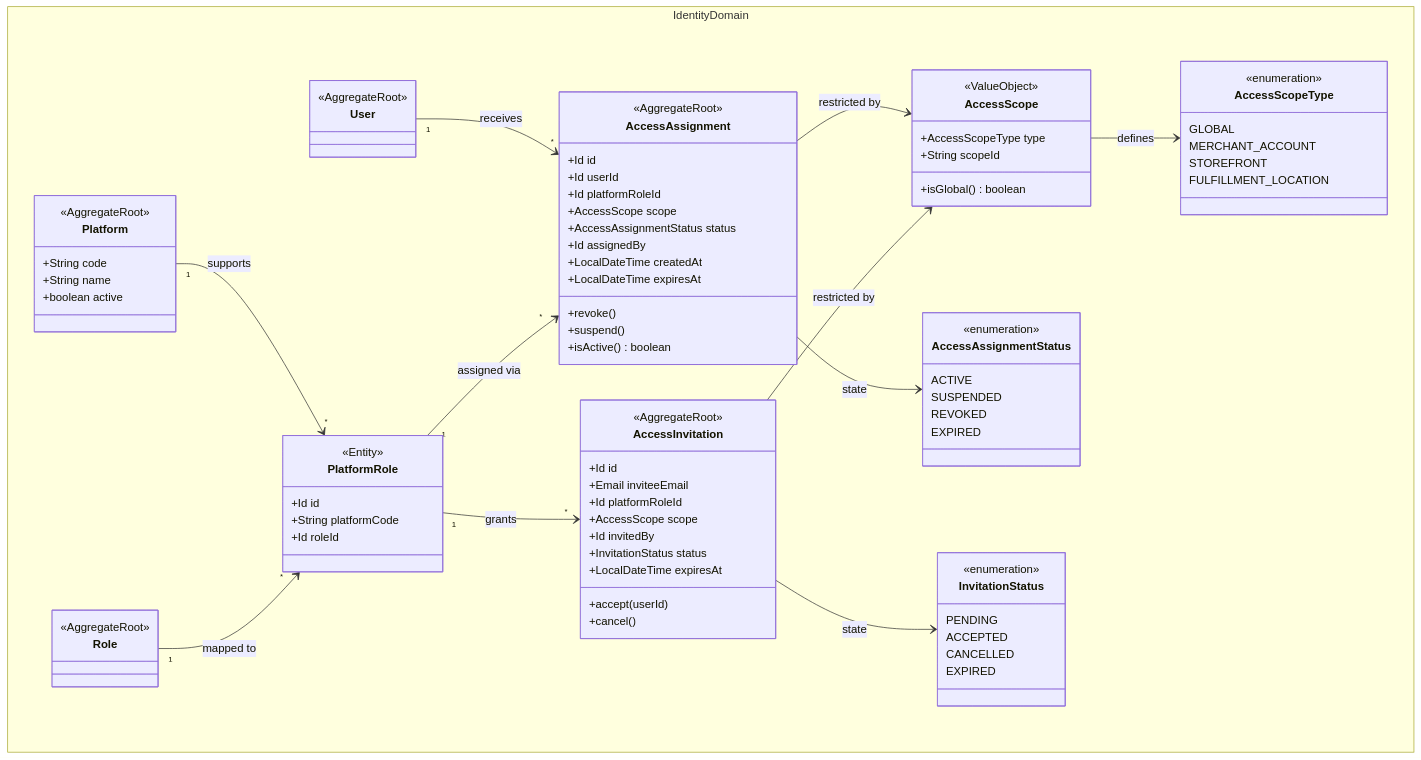
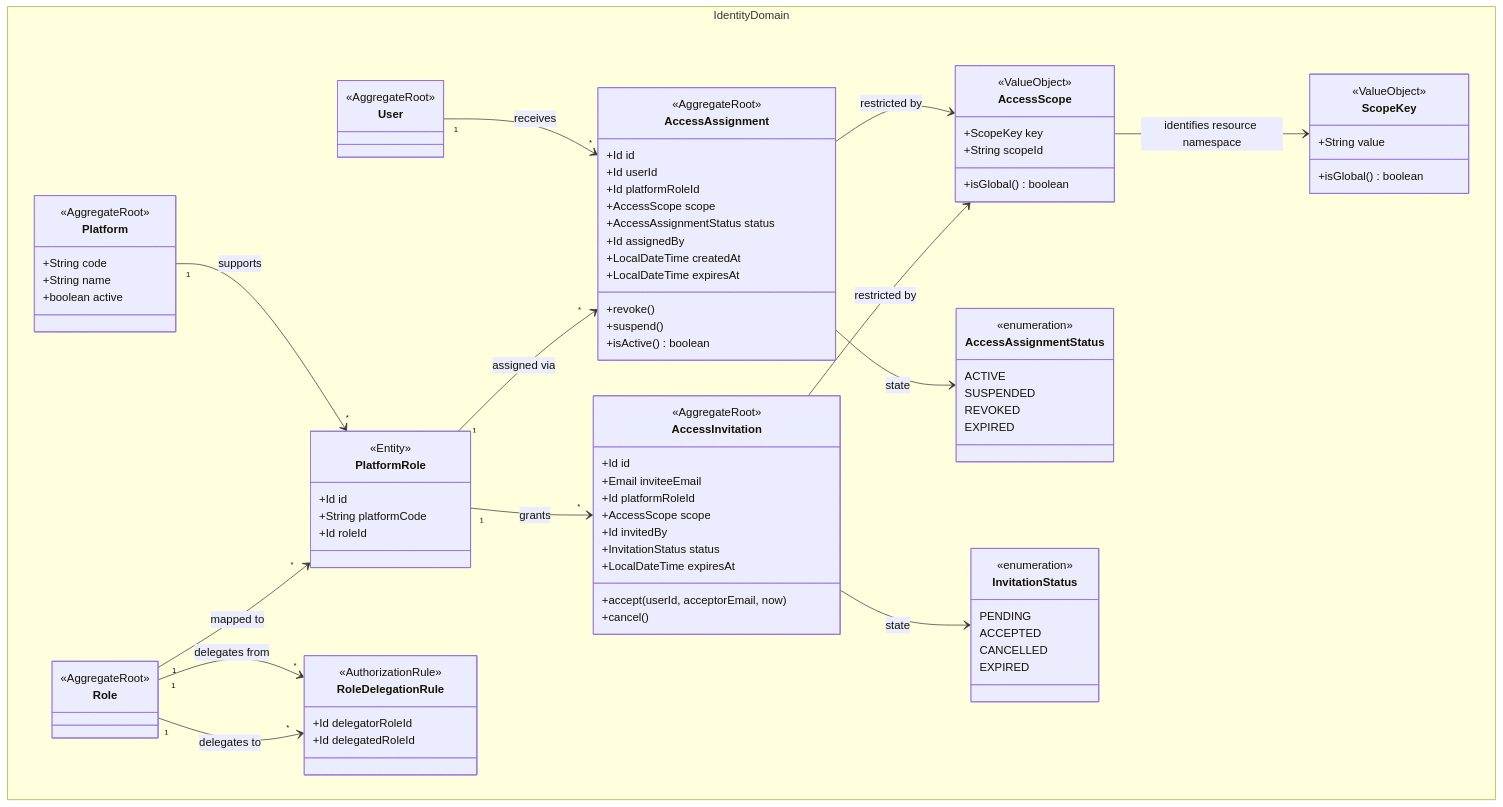
Before and after one commit to khinemyaezin/grab: the first of 3 diagrams in docs/identity/architecture/DRG-003_platform-scopes-domain-aggregates.md, drawn with Mermaid. The commit also changed other lines of this file and 93 other files, not shown here.

Commit message:
feat: implement extensible access scopes and role delegation policies with database migration

```diff
--- a/docs/identity/architecture/DRG-003_platform-scopes-domain-aggregates.md
+++ b/docs/identity/architecture/DRG-003_platform-scopes-domain-aggregates.md
@@ -17,6 +17,12 @@
         
         class Role {
             <<AggregateRoot>>
+        }
+
+        class RoleDelegationRule {
+            <<AuthorizationRule>>
+            +Id delegatorRoleId
+            +Id delegatedRoleId
         }
 
         class Platform {
@@ -57,23 +63,21 @@
             +Id invitedBy
             +InvitationStatus status
             +LocalDateTime expiresAt
-            +accept(userId)
+            +accept(userId, acceptorEmail, now)
             +cancel()
         }
 
         class AccessScope {
             <<ValueObject>>
-            +AccessScopeType type
+            +ScopeKey key
             +String scopeId
             +isGlobal() boolean
         }
 
-        class AccessScopeType {
-            <<enumeration>>
-            GLOBAL
-            MERCHANT_ACCOUNT
-            STOREFRONT
-            FULFILLMENT_LOCATION
+        class ScopeKey {
+            <<ValueObject>>
+            +String value
+            +isGlobal() boolean
         }
 
         class AccessAssignmentStatus {
@@ -95,11 +99,13 @@
 
     Platform "1" --> "*" PlatformRole : supports
     Role "1" --> "*" PlatformRole : mapped to
+    Role "1" --> "*" RoleDelegationRule : delegates from
+    Role "1" --> "*" RoleDelegationRule : delegates to
     User "1" --> "*" AccessAssignment : receives
     PlatformRole "1" --> "*" AccessAssignment : assigned via
     AccessAssignment --> AccessScope : restricted by
     AccessAssignment --> AccessAssignmentStatus : state
-    AccessScope --> AccessScopeType : defines
+    AccessScope --> ScopeKey : identifies resource namespace
     AccessInvitation --> AccessScope : restricted by
     PlatformRole "1" --> "*" AccessInvitation : grants
     AccessInvitation --> InvitationStatus : state
```
